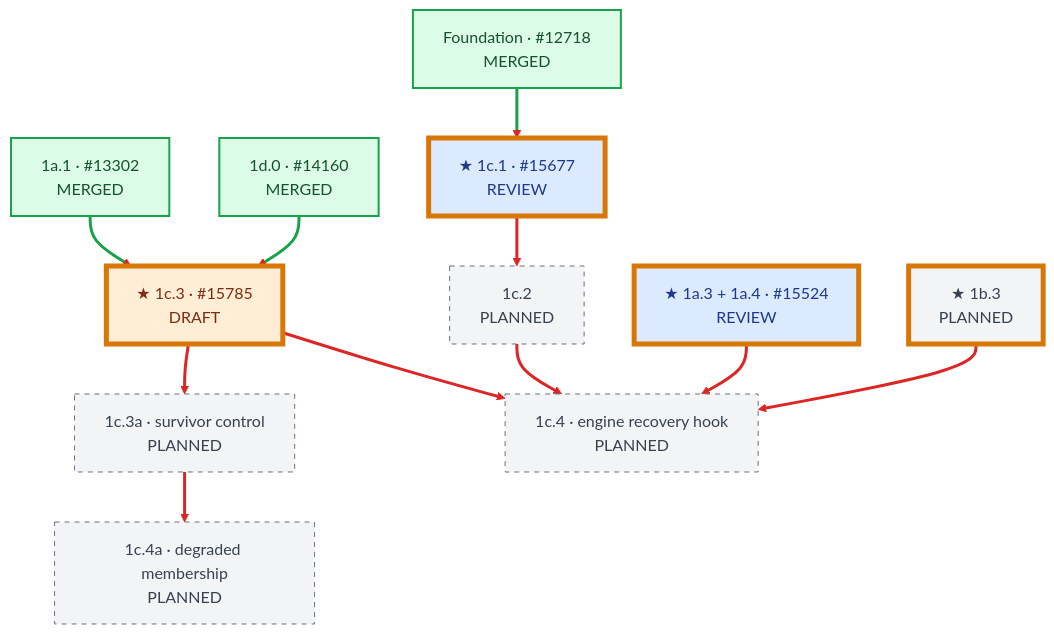
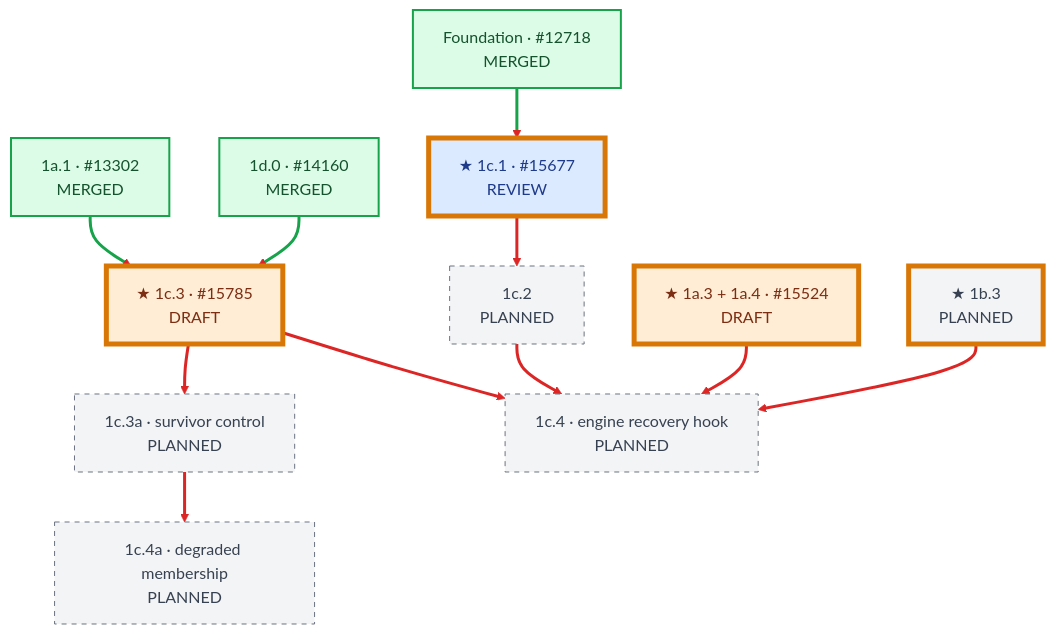
The fourth of 8 diagrams in docs/design/wide-ep-fault-tolerance/pr-execution/mvp-dependency-graph.md (chienchunhung/TensorRT-LLM), drawn with Mermaid before and after one commit. The commit also changed other lines of this file, not shown here.

Commit message:
docs: add holistic MVP dependency graph

````diff
--- a/docs/design/wide-ep-fault-tolerance/pr-execution/mvp-dependency-graph.md
+++ b/docs/design/wide-ep-fault-tolerance/pr-execution/mvp-dependency-graph.md
@@ -141,40 +274,40 @@
 ```mermaid
 flowchart TB
     P12718["Foundation · #12718<br/>MERGED"]
     A1_1["1a.1 · #13302<br/>MERGED"]
     D1_0["1d.0 · #14160<br/>MERGED"]
     C1_1["★ 1c.1 · #15677<br/>REVIEW"]
     C1_2["1c.2<br/>PLANNED"]
     C1_3["★ 1c.3 · #15785<br/>DRAFT"]
     C1_3A["1c.3a · survivor control<br/>PLANNED"]
-    A1_34["★ 1a.3 + 1a.4 · #15524<br/>REVIEW"]
+    A1_34["★ 1a.3 + 1a.4 · #15524<br/>DRAFT"]
     B1_3["★ 1b.3<br/>PLANNED"]
     C1_4["1c.4 · engine recovery hook<br/>PLANNED"]
     C1_4A["1c.4a · degraded membership<br/>PLANNED"]
 
     P12718 --> C1_1
     A1_1 --> C1_3
     D1_0 --> C1_3
     C1_1 --> C1_2
     C1_3 --> C1_3A
     A1_34 --> C1_4
     B1_3 --> C1_4
     C1_2 --> C1_4
     C1_3 --> C1_4
     C1_3A --> C1_4A
 
     linkStyle default stroke:#dc2626,stroke-width:3px;
     linkStyle 0,1,2 stroke:#16a34a,stroke-width:3px;
 
     classDef merged fill:#dcfce7,stroke:#16a34a,color:#14532d,stroke-width:2px;
     classDef draft fill:#ffedd5,stroke:#f97316,color:#7c2d12,stroke-width:2px;
     classDef reviewing fill:#dbeafe,stroke:#2563eb,color:#1e3a8a,stroke-width:2px;
     classDef planned fill:#f3f4f6,stroke:#6b7280,color:#374151,stroke-dasharray:5 5;
     classDef candidate stroke:#d97706,stroke-width:5px,stroke-dasharray:0;
 
     class P12718,A1_1,D1_0 merged;
-    class C1_3 draft;
-    class C1_1,A1_34 reviewing;
+    class C1_3,A1_34 draft;
+    class C1_1 reviewing;
     class C1_2,C1_3A,B1_3,C1_4,C1_4A planned;
     class C1_1,C1_3,A1_34,B1_3 candidate;
 ```
````
